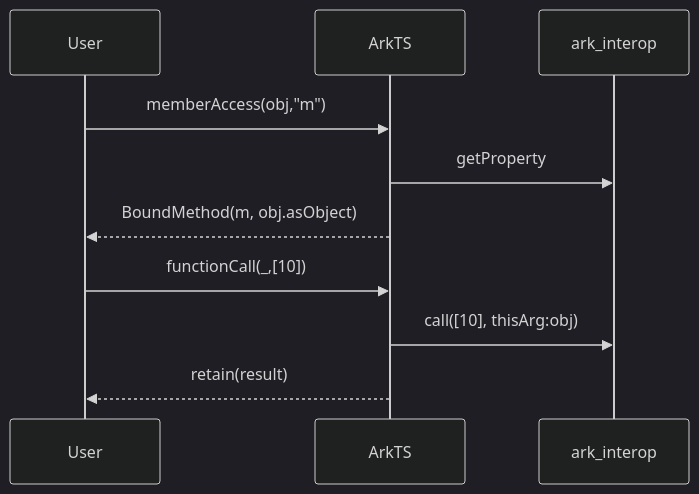
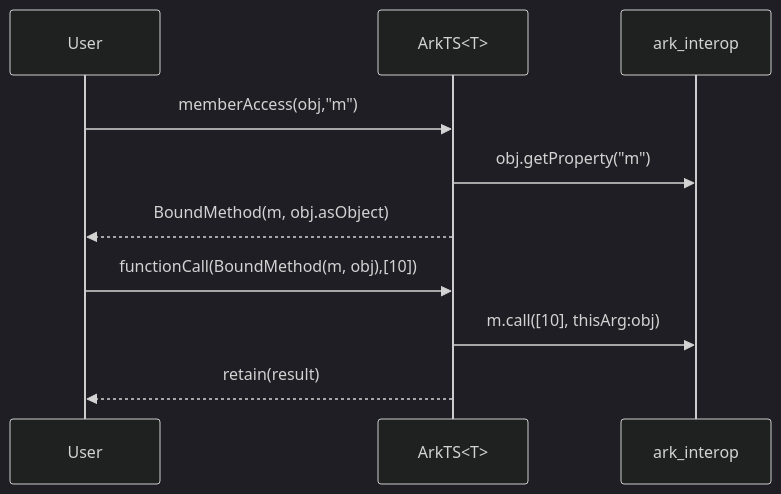
One commit to belolourenco/cangjie_interop_architecture changed the second of 2 diagrams in docs/foreign_arkts_runtime_design.md. Above: the diagram before and after it, drawn with Mermaid (dark theme). The commit also changed other lines of this file, not shown here.

````diff
--- a/docs/foreign_arkts_runtime_design.md
+++ b/docs/foreign_arkts_runtime_design.md
@@ -290,12 +312,12 @@
 ```mermaid
 sequenceDiagram
     participant U as User
-    participant A as ArkTS
+    participant A as ArkTS<T>
     participant O as ark_interop
     U->>A: memberAccess(obj,"m")
-    A->>O: getProperty
+    A->>O: obj.getProperty("m")
     A-->>U: BoundMethod(m, obj.asObject)
-    U->>A: functionCall(_,[10])
-    A->>O: call([10], thisArg:obj)
+    U->>A: functionCall(BoundMethod(m, obj),[10])
+    A->>O: m.call([10], thisArg:obj)
     A-->>U: retain(result)
 ```
````
